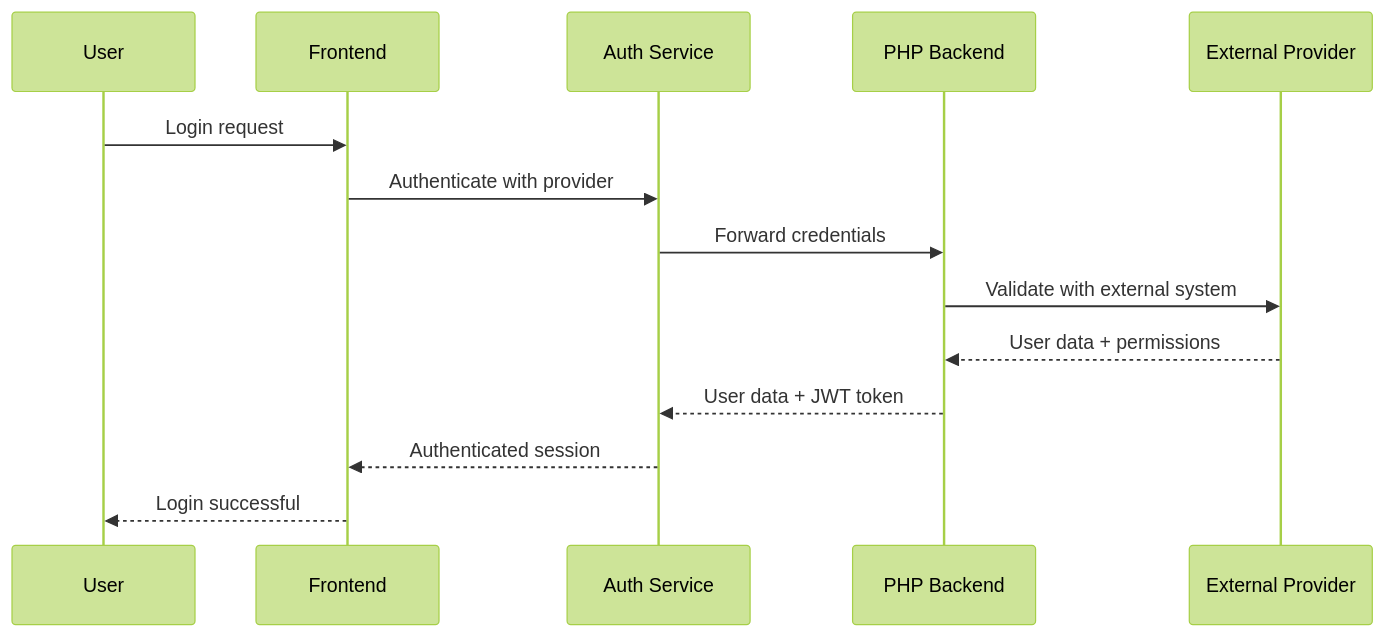
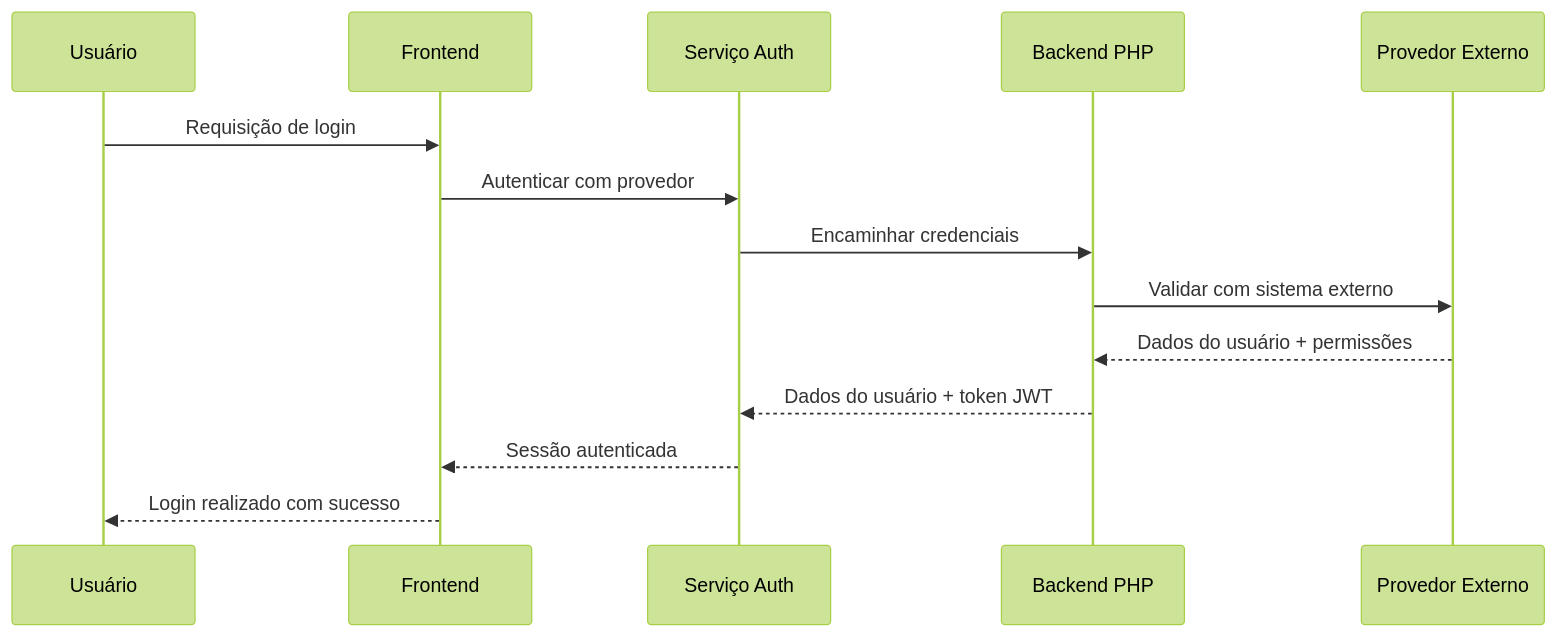
The diagram in src/docs/api/API_INTEGRATION_GUIDE.md (AGDonato/Synapse), drawn with Mermaid (forest theme) before and after one commit. The commit also changed other lines of this file and 73 other files, not shown here.

````diff
--- a/src/docs/api/API_INTEGRATION_GUIDE.md
+++ b/src/docs/api/API_INTEGRATION_GUIDE.md
@@ -54,17 +54,17 @@
 ```mermaid
 sequenceDiagram
-    participant U as User
+    participant U as Usuário
     participant F as Frontend
-    participant A as Auth Service
-    participant P as PHP Backend
-    participant E as External Provider
+    participant A as Serviço Auth
+    participant P as Backend PHP
+    participant E as Provedor Externo
 
-    U->>F: Login request
-    F->>A: Authenticate with provider
-    A->>P: Forward credentials
-    P->>E: Validate with external system
-    E-->>P: User data + permissions
-    P-->>A: User data + JWT token
-    A-->>F: Authenticated session
-    F-->>U: Login successful
+    U->>F: Requisição de login
+    F->>A: Autenticar com provedor
+    A->>P: Encaminhar credenciais
+    P->>E: Validar com sistema externo
+    E-->>P: Dados do usuário + permissões
+    P-->>A: Dados do usuário + token JWT
+    A-->>F: Sessão autenticada
+    F-->>U: Login realizado com sucesso
 ```
````
